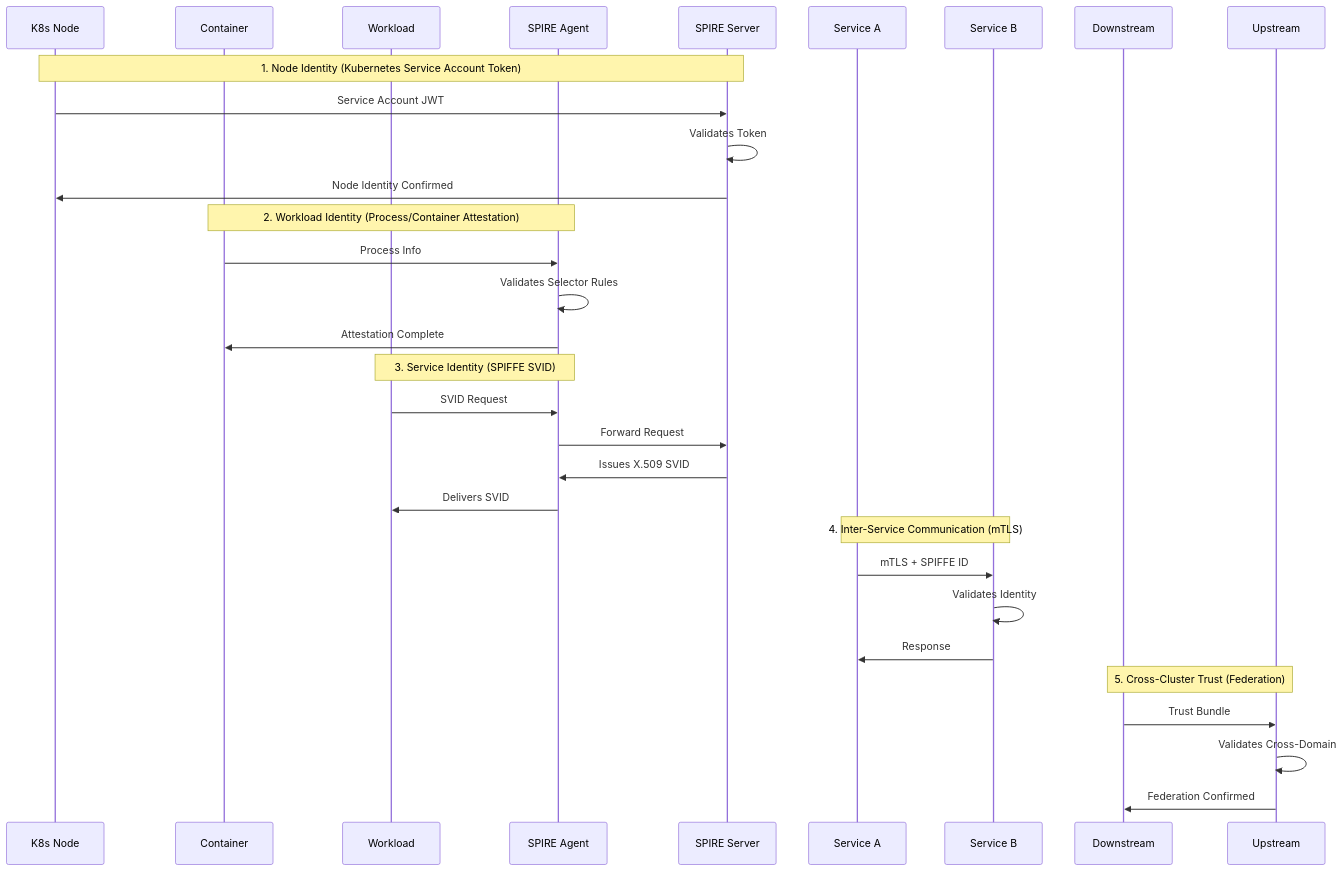
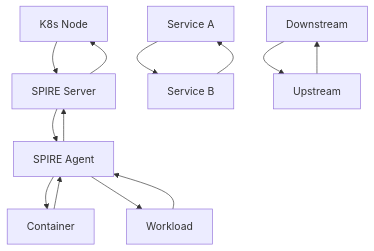
Before and after one commit to jfiser247/spire-dev: the eighth of 8 diagrams in docs/architecture_diagrams.md, drawn with Mermaid. The commit also changed other lines of this file and 5 other files, not shown here.

First line of the commit message:
Fix Mermaid v10.4.0 compatibility issues across all documentation

````diff
--- a/docs/architecture_diagrams.md
+++ b/docs/architecture_diagrams.md
@@ -419,38 +222,25 @@
 ```mermaid
-sequenceDiagram
-    participant KN as K8s Node
-    participant C as Container
-    participant W as Workload
-    participant SA as SPIRE Agent
-    participant SS as SPIRE Server
-    participant SVA as Service A
-    participant SVB as Service B
-    participant DS as Downstream
-    participant US as Upstream
+graph TD
+    KN[K8s Node]
+    C[Container]
+    W[Workload]
+    SA[SPIRE Agent]
+    SS[SPIRE Server]
+    SVA[Service A]
+    SVB[Service B]
+    DS[Downstream]
+    US[Upstream]
     
-    Note over KN,SS: 1. Node Identity (Kubernetes Service Account Token)
-    KN->>SS: Service Account JWT
-    SS->>SS: Validates Token
-    SS->>KN: Node Identity Confirmed
-    
-    Note over C,SA: 2. Workload Identity (Process/Container Attestation)
-    C->>SA: Process Info
-    SA->>SA: Validates Selector Rules
-    SA->>C: Attestation Complete
-    
-    Note over W,SA: 3. Service Identity (SPIFFE SVID)
-    W->>SA: SVID Request
-    SA->>SS: Forward Request
-    SS->>SA: Issues X.509 SVID
-    SA->>W: Delivers SVID
-    
-    Note over SVA,SVB: 4. Inter-Service Communication (mTLS)
-    SVA->>SVB: mTLS + SPIFFE ID
-    SVB->>SVB: Validates Identity
-    SVB->>SVA: Response
-    
-    Note over DS,US: 5. Cross-Cluster Trust (Federation)
-    DS->>US: Trust Bundle
-    US->>US: Validates Cross-Domain
-    US->>DS: Federation Confirmed
+    KN --> SS
+    SS --> KN
+    C --> SA
+    SA --> C
+    W --> SA
+    SA --> SS
+    SS --> SA
+    SA --> W
+    SVA --> SVB
+    SVB --> SVA
+    DS --> US
+    US --> DS
 ```
````
